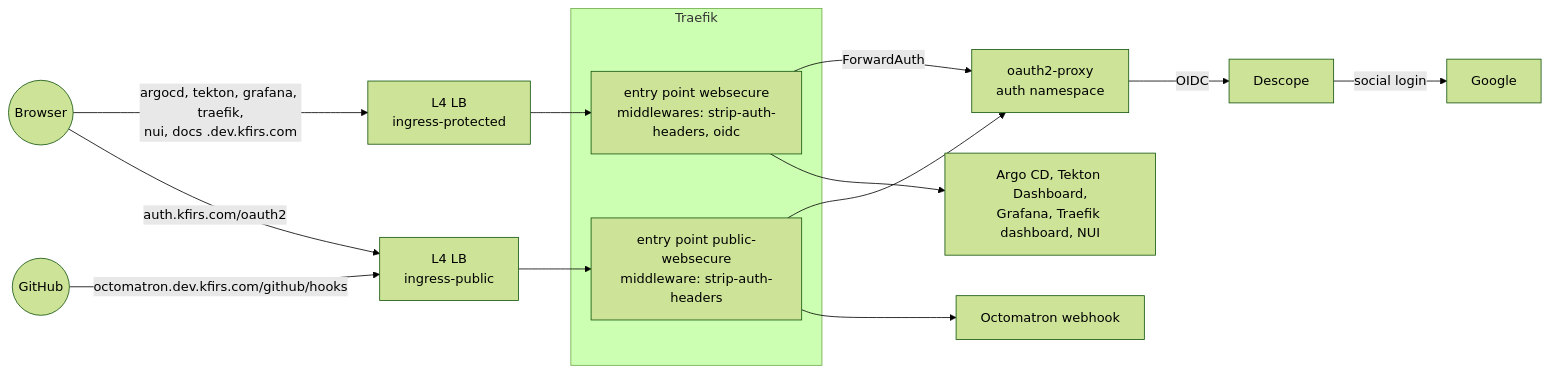
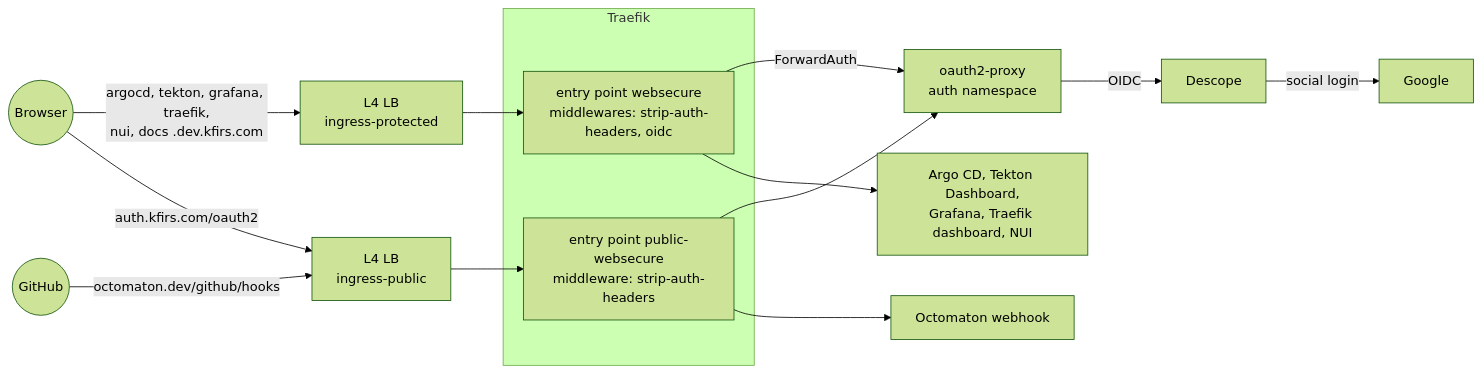
The first of 2 diagrams in hub/designs/phase-3-ingress-and-auth.md (arikkfir-org/docs), drawn with Mermaid (forest theme) before and after one commit. The commit also changed other lines of this file and 15 other files, not shown here.

First line of the commit message:
docs(hub): rename Octomatron to Octomaton under octomaton.dev

````diff
--- a/hub/designs/phase-3-ingress-and-auth.md
+++ b/hub/designs/phase-3-ingress-and-auth.md
@@ -9,18 +9,18 @@
 ```mermaid
 flowchart LR
   U((Browser)) -- "argocd, tekton, grafana, traefik,<br/>nui, docs .dev.kfirs.com" --> P[L4 LB<br/>ingress-protected]
-  G((GitHub)) -- octomatron.dev.kfirs.com/github/hooks --> Q[L4 LB<br/>ingress-public]
+  G((GitHub)) -- octomaton.dev/github/hooks --> Q[L4 LB<br/>ingress-public]
   U -- auth.kfirs.com/oauth2 --> Q
   subgraph traefik[Traefik]
     WS[entry point websecure<br/>middlewares: strip-auth-headers, oidc]
     PW[entry point public-websecure<br/>middleware: strip-auth-headers]
   end
   P --> WS
   Q --> PW
   WS -- ForwardAuth --> O[oauth2-proxy<br/>auth namespace]
   WS --> APPS[Argo CD, Tekton Dashboard,<br/>Grafana, Traefik dashboard, NUI]
   PW --> O
-  PW --> SB[Octomatron webhook]
+  PW --> SB[Octomaton webhook]
   O -- OIDC --> D[Descope]
   D -- social login --> GO[Google]
 ```
````
